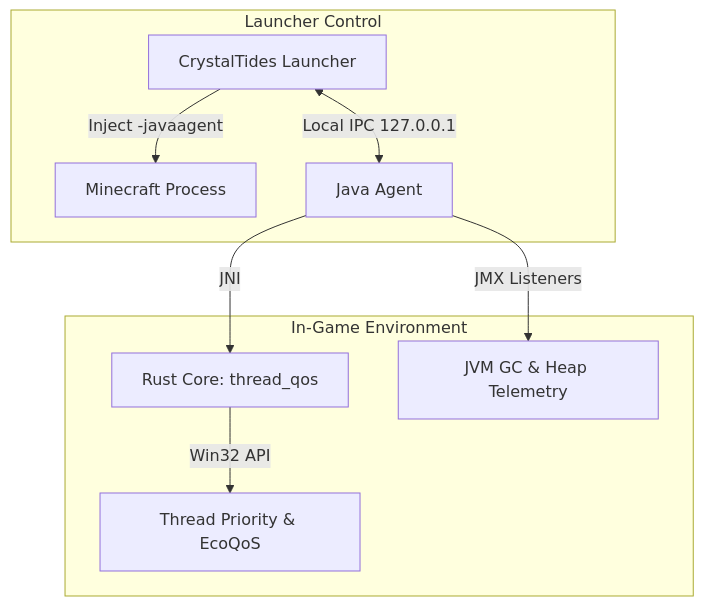
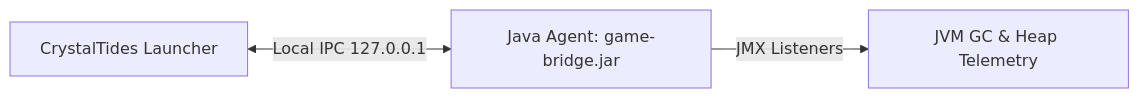
The diagram in apps/game-bridge/README.md (UltraXn/CrystalTidesSMP-Project), drawn with Mermaid before and after one commit. The commit also changed other lines of this file and 13 other files, not shown here.

Commit message:
refactor(game-bridge): convertir a agente java puro y eliminar native-core

````diff
--- a/apps/game-bridge/README.md
+++ b/apps/game-bridge/README.md
@@ -26,13 +24,5 @@
 ```mermaid
-graph TD
-    subgraph "Launcher Control"
-        L[CrystalTides Launcher] -->|Inject -javaagent| MC[Minecraft Process]
-        L <-->|Local IPC 127.0.0.1| JA[Java Agent]
-    end
-
-    subgraph "In-Game Environment"
-        JA -->|JNI| RC[Rust Core: thread_qos]
-        RC -->|Win32 API| HW[Thread Priority & EcoQoS]
-        JA -->|JMX Listeners| JVM[JVM GC & Heap Telemetry]
-    end
+graph LR
+    L[CrystalTides Launcher] <-->|Local IPC 127.0.0.1| JA[Java Agent: game-bridge.jar]
+    JA -->|JMX Listeners| JVM[JVM GC & Heap Telemetry]
 ```
````
